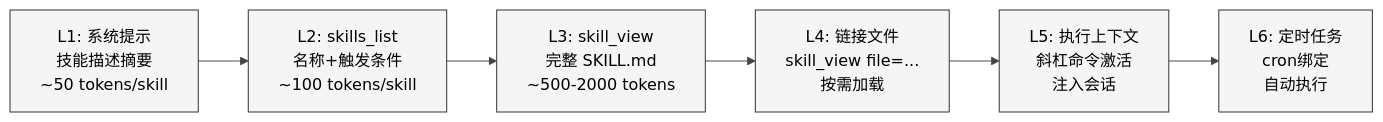
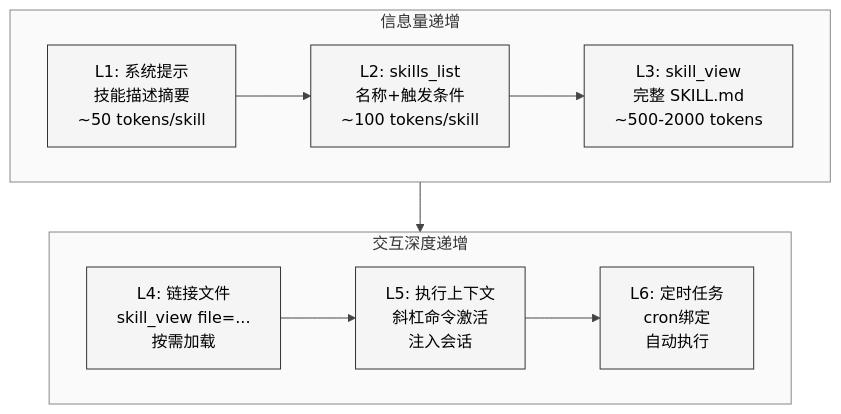
One commit to xiaonancs/hermes-agent-study changed the first of 2 diagrams in Part I 原理与使用/09-Skill系统.md. Above: the diagram before and after it, drawn with Mermaid. The commit also changed other lines of this file and 32 other files, not shown here.

First line of the commit message:
Mermaid 图表修复：白色背景板 + 长宽比优化

````diff
--- a/Part I 原理与使用/09-Skill系统.md
+++ b/Part I 原理与使用/09-Skill系统.md
@@ -34,9 +34,13 @@
 ```mermaid
 %%{init: {'theme': 'neutral', 'themeVariables': {'background': '#ffffff', 'primaryColor': '#f5f5f5', 'primaryTextColor': '#000000', 'primaryBorderColor': '#333333', 'lineColor': '#444444', 'textColor': '#000000', 'mainBkg': '#f5f5f5', 'nodeBorder': '#333333', 'clusterBkg': '#fafafa', 'clusterBorder': '#888888', 'edgeLabelBackground': '#ffffff'}}}%%
-graph LR
-    L1["L1: 系统提示<br/>技能描述摘要<br/>~50 tokens/skill"] --> L2["L2: skills_list<br/>名称+触发条件<br/>~100 tokens/skill"]
-    L2 --> L3["L3: skill_view<br/>完整 SKILL.md<br/>~500-2000 tokens"]
-    L3 --> L4["L4: 链接文件<br/>skill_view file=...<br/>按需加载"]
-    L4 --> L5["L5: 执行上下文<br/>斜杠命令激活<br/>注入会话"]
-    L5 --> L6["L6: 定时任务<br/>cron绑定<br/>自动执行"]
+graph TD
+    subgraph row1 ["信息量递增"]
+        direction LR
+        L1["L1: 系统提示<br/>技能描述摘要<br/>~50 tokens/skill"] --> L2["L2: skills_list<br/>名称+触发条件<br/>~100 tokens/skill"] --> L3["L3: skill_view<br/>完整 SKILL.md<br/>~500-2000 tokens"]
+    end
+    subgraph row2 ["交互深度递增"]
+        direction LR
+        L4["L4: 链接文件<br/>skill_view file=...<br/>按需加载"] --> L5["L5: 执行上下文<br/>斜杠命令激活<br/>注入会话"] --> L6["L6: 定时任务<br/>cron绑定<br/>自动执行"]
+    end
+    L3 --> L4
 ```
````
